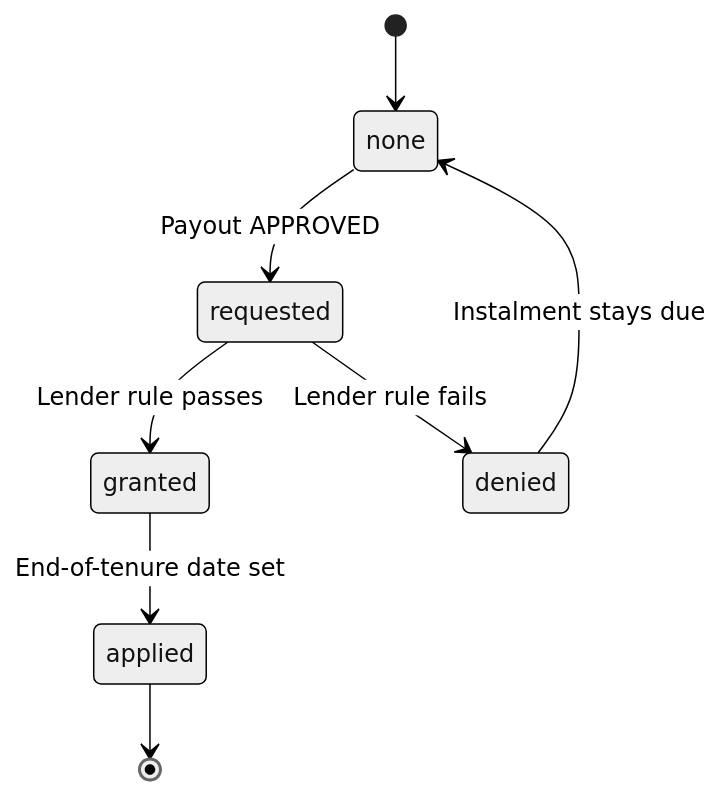
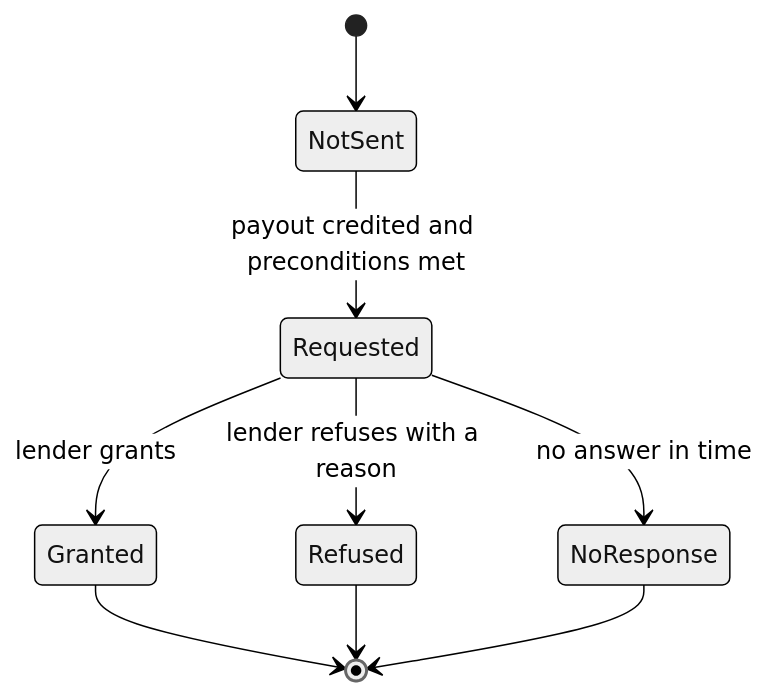
One commit to UjjwalPardeshi/Chhatri changed the second of 2 diagrams in docs/02-product/feature-specs/fs-03-edi-holiday.md. Above: the diagram before and after it, drawn with Mermaid (neutral theme). The commit also changed other lines of this file and 57 other files, not shown here.

````diff
--- a/docs/02-product/feature-specs/fs-03-edi-holiday.md
+++ b/docs/02-product/feature-specs/fs-03-edi-holiday.md
@@ -109,11 +99,11 @@
 ```mermaid
 stateDiagram-v2
-  [*] --> none
-  
-  none --> requested: Payout APPROVED
-  requested --> granted: Lender rule passes
-  requested --> denied: Lender rule fails
-  granted --> applied: End-of-tenure date set
-  denied --> none: Instalment stays due
-  applied --> [*]
+  [*] --> NotSent
+  NotSent --> Requested : payout credited and preconditions met
+  Requested --> Granted : lender grants
+  Requested --> Refused : lender refuses with a reason
+  Requested --> NoResponse : no answer in time
+  Granted --> [*]
+  Refused --> [*]
+  NoResponse --> [*]
 ```
````
